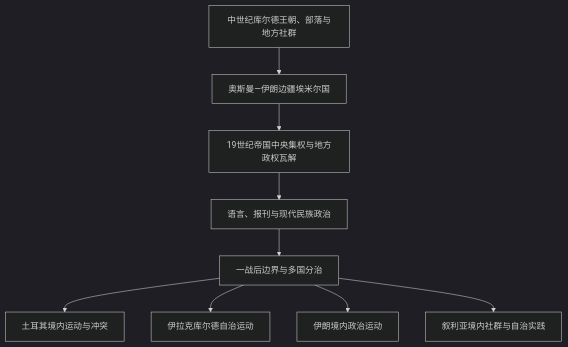
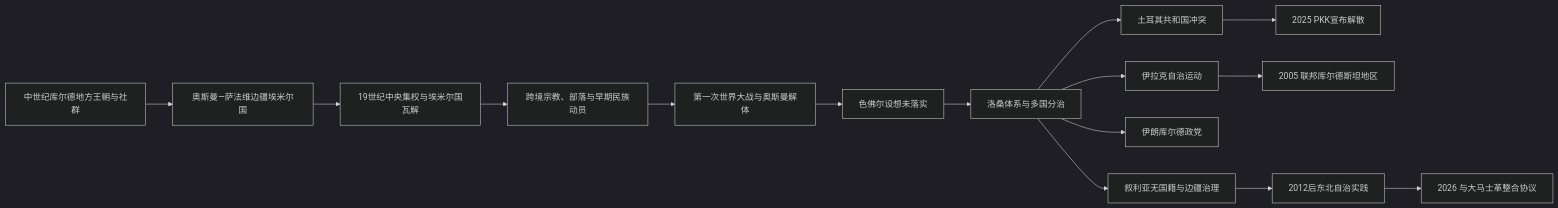
One commit to tianlan-dev/learning-notes changed the diagram in 人文科学/历史/西亚/_通史/库尔德地区与库尔德民族运动.md. Above: the diagram before and after it, drawn with Mermaid (dark theme). The commit also changed other lines of this file and 1417 other files, not shown here.

````diff
--- a/人文科学/历史/西亚/_通史/库尔德地区与库尔德民族运动.md
+++ b/人文科学/历史/西亚/_通史/库尔德地区与库尔德民族运动.md
@@ -19,11 +16,17 @@
 ```mermaid
-flowchart TD
-    Medieval["中世纪库尔德王朝、部落与地方社群"] --> Frontier["奥斯曼—伊朗边疆埃米尔国"]
-    Frontier --> Centralization["19世纪帝国中央集权与地方政权瓦解"]
-    Centralization --> Nationalism["语言、报刊与现代民族政治"]
-    Nationalism --> Postwar["一战后边界与多国分治"]
-    Postwar --> Turkey["土耳其境内运动与冲突"]
-    Postwar --> Iraq["伊拉克库尔德自治运动"]
-    Postwar --> Iran["伊朗境内政治运动"]
-    Postwar --> Syria["叙利亚境内社群与自治实践"]
+flowchart LR
+    A["中世纪库尔德地方王朝与社群"] --> B["奥斯曼—萨法维边疆埃米尔国"]
+    B --> C["19世纪中央集权与埃米尔国瓦解"]
+    C --> D["跨境宗教、部落与早期民族动员"]
+    D --> E["第一次世界大战与奥斯曼解体"]
+    E --> F["色佛尔设想未落实"]
+    F --> G["洛桑体系与多国分治"]
+    G --> H["土耳其共和国冲突"]
+    G --> I["伊拉克自治运动"]
+    G --> J["伊朗库尔德政党"]
+    G --> K["叙利亚无国籍与边疆治理"]
+    H --> L["2025 PKK宣布解散"]
+    I --> M["2005 联邦库尔德斯坦地区"]
+    K --> N["2012后东北自治实践"]
+    N --> O["2026 与大马士革整合协议"]
 ```
````
